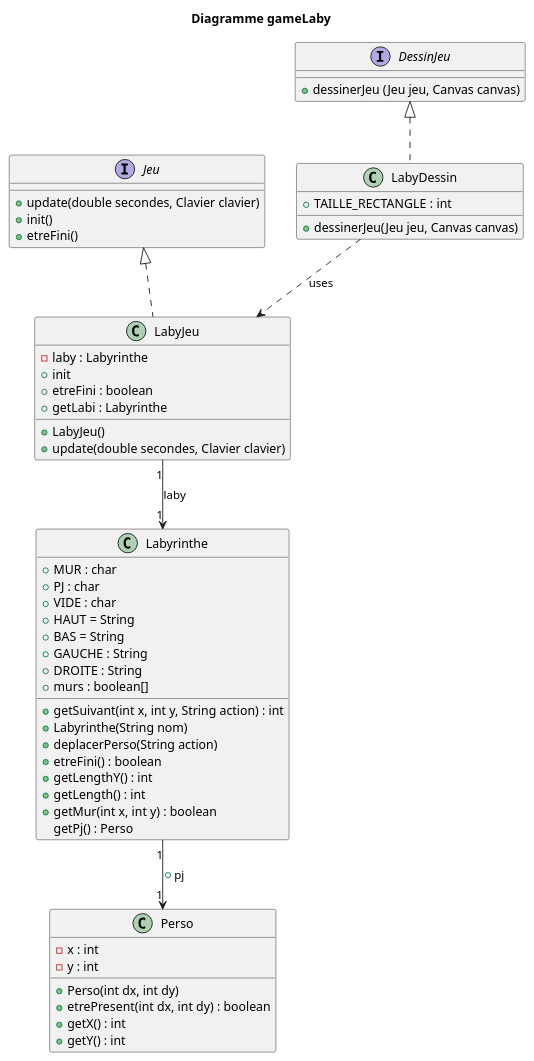
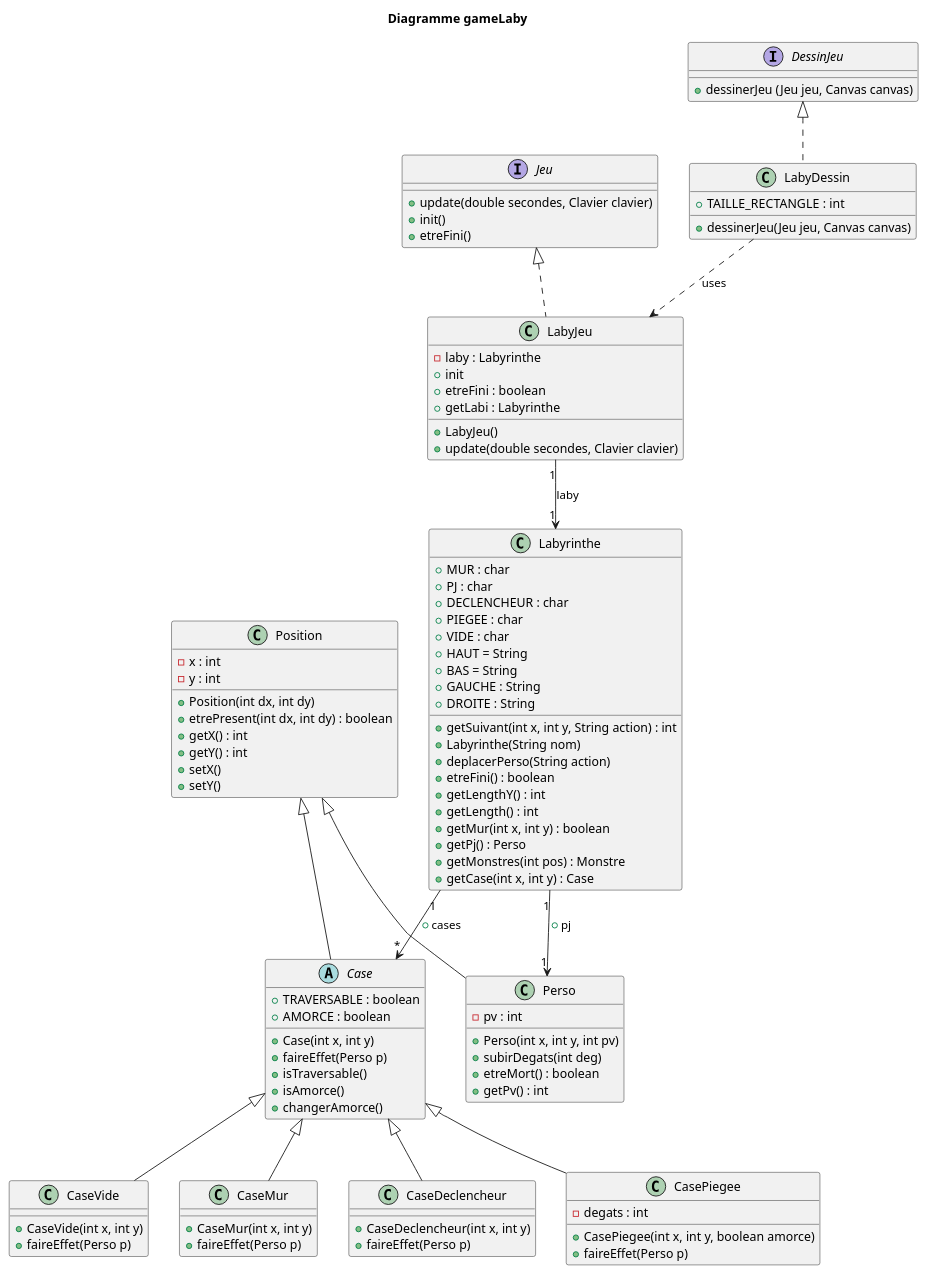
Before and after one commit to Cedran-Bastien/2022_Zeldiablo_Retter_Perez_Hergott_Bastien: the diagram in zeldiablo/src/gameLaby/laby/Diagramme_De_Classe.puml, drawn with PlantUML. The commit also changed 8 other files, not shown here.

Commit message:
adaptation diag sequence et classe

```diff
--- a/zeldiablo/src/gameLaby/laby/Diagramme_De_Classe.puml
+++ b/zeldiablo/src/gameLaby/laby/Diagramme_De_Classe.puml
@@ -1,68 +1,126 @@
 @startuml
 'https://plantuml.com/class-diagram
 
 title Diagramme gameLaby
 
 interface Jeu {
     +update(double secondes, Clavier clavier)
     +init()
     +etreFini()
     }
 
 interface DessinJeu {
     +dessinerJeu (Jeu jeu, Canvas canvas)
     }
 
 
 
 class LabyDessin{
     +TAILLE_RECTANGLE : int
     +dessinerJeu(Jeu jeu, Canvas canvas)
 }
 
 class LabyJeu{
     -laby : Labyrinthe
     +LabyJeu()
     +update(double secondes, Clavier clavier)
     +init
     +etreFini : boolean
     +getLabi : Labyrinthe
     }
 
-class Perso{
+class Position{
     -x : int
     -y : int
-    +Perso(int dx, int dy)
+    +Position(int dx, int dy)
     +etrePresent(int dx, int dy) : boolean
     +getX() : int
     +getY() : int
+    +setX()
+    +setY()
     }
+
+abstract Case {
+    + TRAVERSABLE : boolean
+    + AMORCE : boolean
+    +Case(int x, int y)
+    +faireEffet(Perso p)
+    +isTraversable()
+    +isAmorce()
+    +changerAmorce()
+    }
+
+
+class Perso {
+    -pv : int
+    +Perso(int x, int y, int pv)
+    +subirDegats(int deg)
+    +etreMort() : boolean
+    +getPv() : int
+}
 
 class Labyrinthe{
     +MUR : char
     +PJ : char
+    +DECLENCHEUR : char
+    +PIEGEE : char
     +VIDE : char
     +HAUT = String
     +BAS = String
     +GAUCHE : String
     +DROITE : String
-    +murs : boolean[]
     +getSuivant(int x, int y, String action) : int
     +Labyrinthe(String nom)
     +deplacerPerso(String action)
     +etreFini() : boolean
      +getLengthY() : int
      +getLength() : int
      +getMur(int x, int y) : boolean
-     getPj() : Perso
+     +getPj() : Perso
+     +getMonstres(int pos) : Monstre
+     +getCase(int x, int y) : Case
+
 
     }
 
+class CaseVide {
+    +CaseVide(int x, int y)
+    +faireEffet(Perso p)
+}
+
+class CaseMur {
+    +CaseMur(int x, int y)
+    +faireEffet(Perso p)
+}
+
+class CaseDeclencheur {
+    +CaseDeclencheur(int x, int y)
+    +faireEffet(Perso p)
+
+
+}
+
+class CasePiegee {
+    -degats : int
+    +CasePiegee(int x, int y, boolean amorce)
+    +faireEffet(Perso p)
+
+
+}
+
+
 DessinJeu <|.. LabyDessin
 Jeu <|.. LabyJeu
+Position <|-- Perso
+Position <|-- Case
 Labyrinthe "1" --> "1" Perso : +pj
+Labyrinthe "1" --> "*" Case : +cases
 LabyDessin ..> LabyJeu : uses
 LabyJeu "1" --> "1" Labyrinthe : laby
+Case <|-- CaseVide
+Case <|-- CaseMur
+Case <|-- CasePiegee
+Case <|-- CaseDeclencheur
 
 
 @enduml
```
